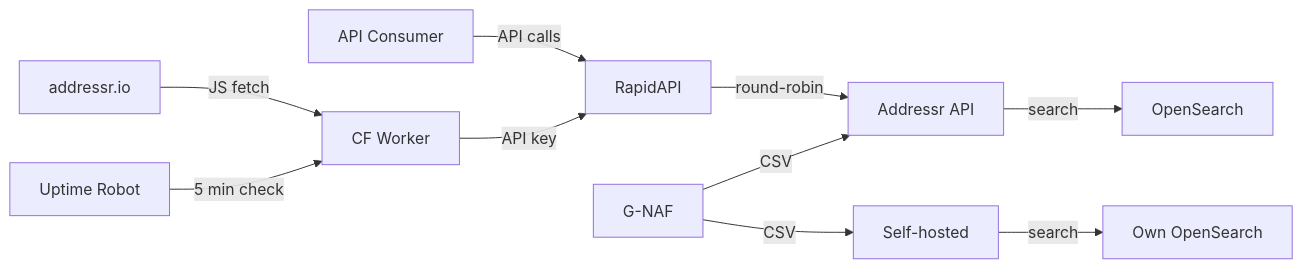
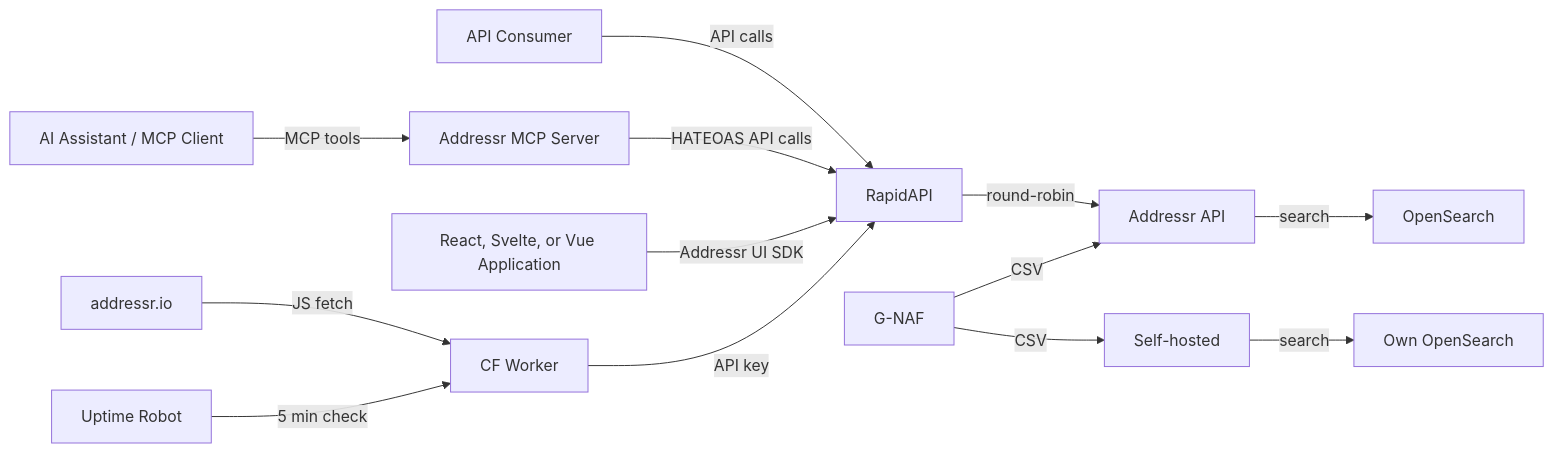
One commit to mountain-pass/addressr changed the first of 7 diagrams in docs/architecture/C4_MODEL.md. Above: the diagram before and after it, drawn with Mermaid. The commit also changed other lines of this file and 138 other files, not shown here.

````diff
--- a/docs/architecture/C4_MODEL.md
+++ b/docs/architecture/C4_MODEL.md
@@ -12,23 +12,28 @@
 ```mermaid
 flowchart LR
   apiconsumer[API Consumer]
+  mcpconsumer[AI Assistant / MCP Client]
+  uiconsumer[React, Svelte, or Vue Application]
   website[addressr.io]
   uptimerobot[Uptime Robot]
   cfworker[CF Worker]
   rapidapi[RapidAPI]
   addressr[Addressr API]
   opensearch[OpenSearch]
   gnaf[G-NAF]
   selfhosted[Self-hosted]
   selfos[Own OpenSearch]
 
   apiconsumer -- API calls --> rapidapi
+  mcpconsumer -- MCP tools --> addressrMcp[Addressr MCP Server]
+  addressrMcp -- HATEOAS API calls --> rapidapi
+  uiconsumer -- Addressr UI SDK --> rapidapi
   website -- JS fetch --> cfworker
   uptimerobot -- 5 min check --> cfworker
   cfworker -- API key --> rapidapi
   rapidapi -- round-robin --> addressr
   addressr -- search --> opensearch
   gnaf -- CSV --> addressr
   gnaf -- CSV --> selfhosted
   selfhosted -- search --> selfos
 ```
````
